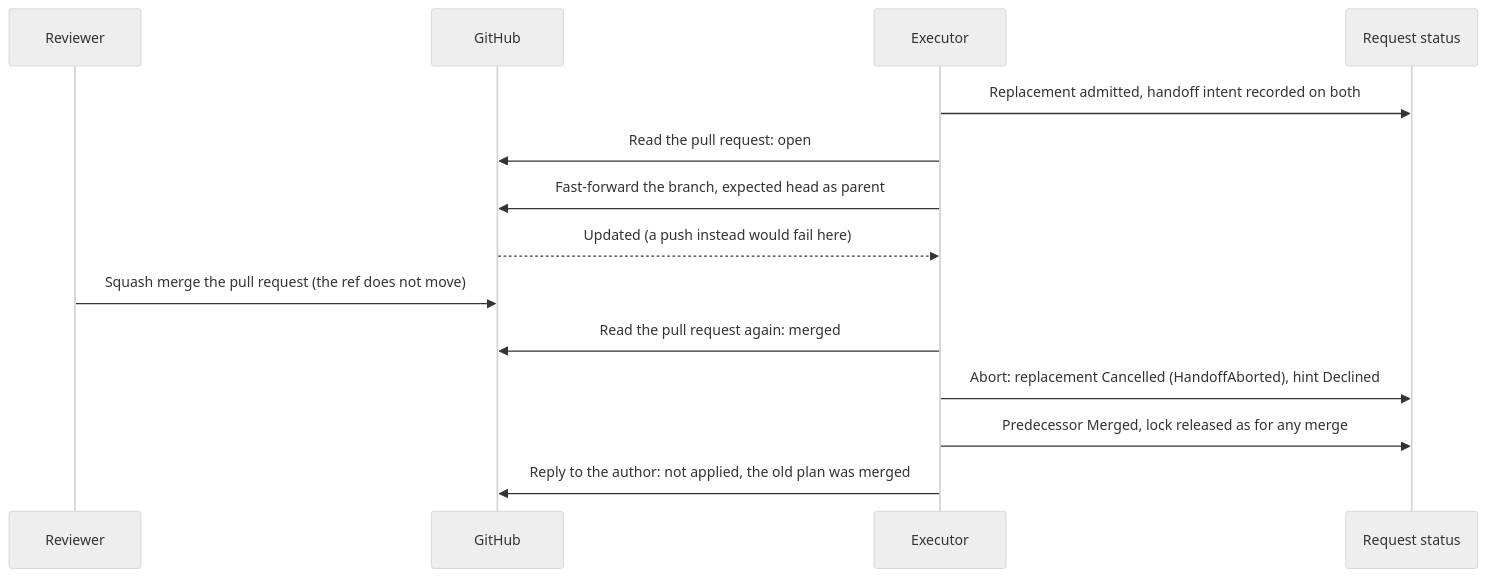
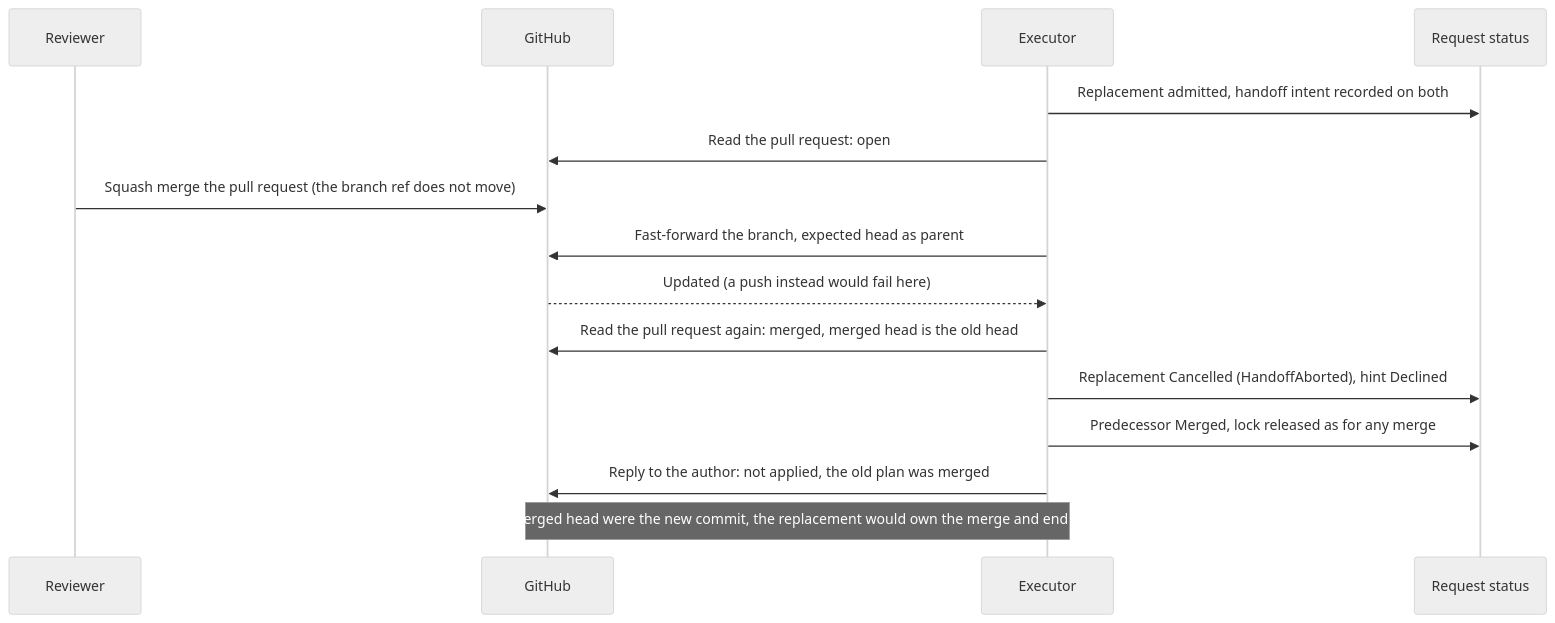
Before and after one commit to pkalin/shadewright: the second of 3 diagrams in docs/adr/0028-reviewer-hints-through-the-pull-request.md, drawn with Mermaid (neutral theme). The commit also changed other lines of this file and 7 other files, not shown here.

````diff
--- a/docs/adr/0028-reviewer-hints-through-the-pull-request.md
+++ b/docs/adr/0028-reviewer-hints-through-the-pull-request.md
@@ -159,16 +162,17 @@
 ```mermaid
 sequenceDiagram
     participant R as Reviewer
     participant G as GitHub
     participant E as Executor
     participant S as Request status
     E->>S: Replacement admitted, handoff intent recorded on both
     E->>G: Read the pull request: open
+    R->>G: Squash merge the pull request (the branch ref does not move)
     E->>G: Fast-forward the branch, expected head as parent
     G-->>E: Updated (a push instead would fail here)
-    R->>G: Squash merge the pull request (the ref does not move)
-    E->>G: Read the pull request again: merged
-    E->>S: Abort: replacement Cancelled (HandoffAborted), hint Declined
+    E->>G: Read the pull request again: merged, merged head is the old head
+    E->>S: Replacement Cancelled (HandoffAborted), hint Declined
     E->>S: Predecessor Merged, lock released as for any merge
     E->>G: Reply to the author: not applied, the old plan was merged
+    Note over E,G: If the merged head were the new commit, the replacement would own the merge and end Merged
 ```
````
